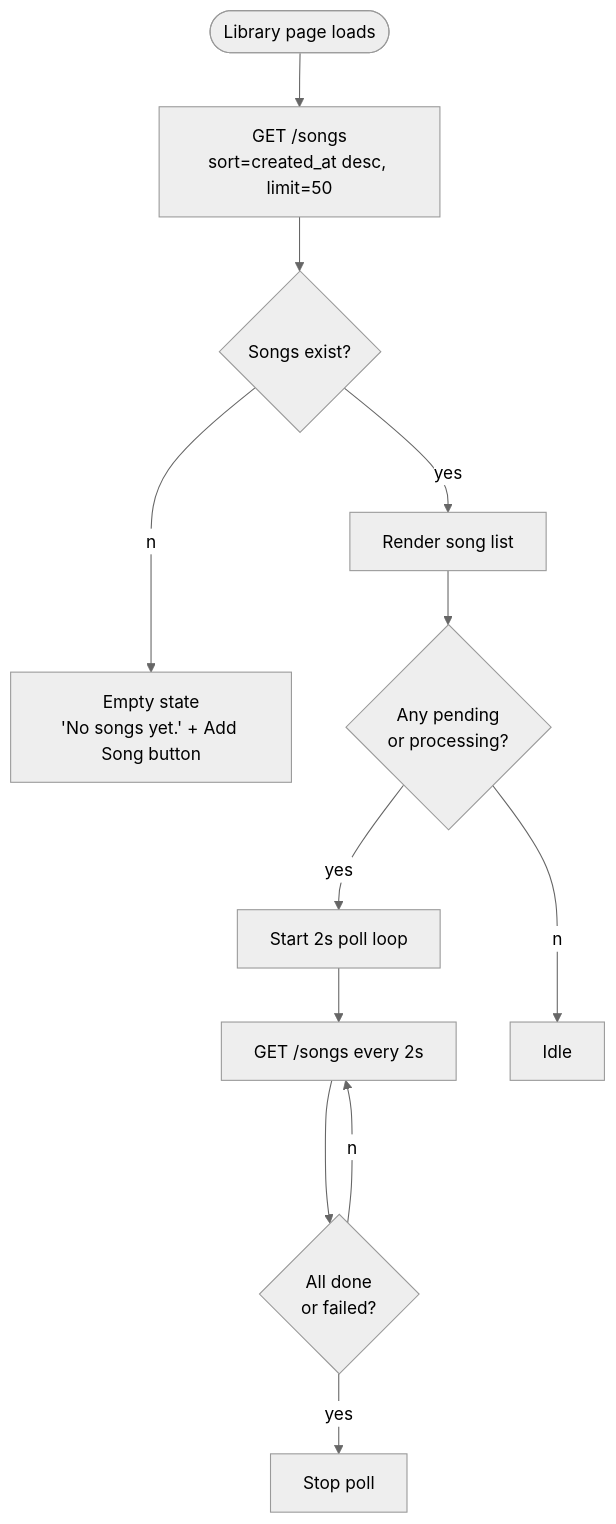
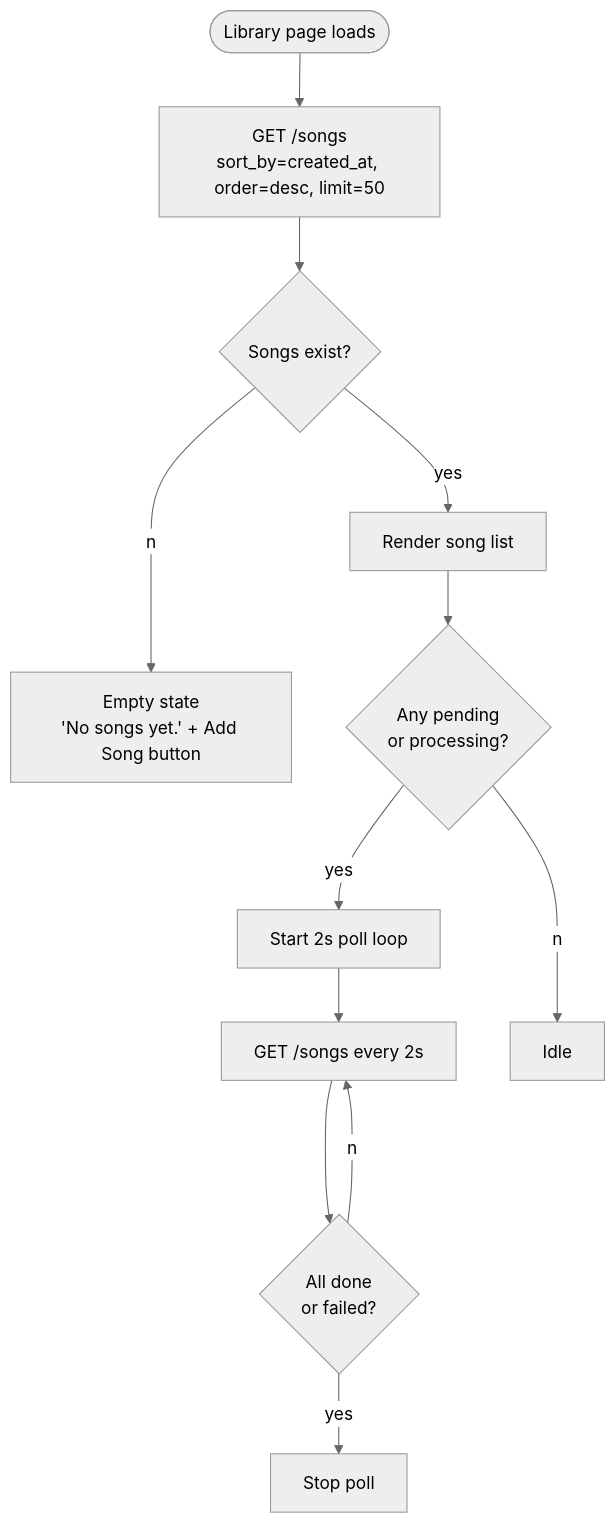
Before and after one commit to KarthikUdyawar/melo: the second of 15 diagrams in docs/USER-FLOW.md, drawn with Mermaid (neutral theme). The commit also changed other lines of this file and 26 other files, not shown here.

````diff
--- a/docs/USER-FLOW.md
+++ b/docs/USER-FLOW.md
@@ -26,14 +30,14 @@
 ```mermaid
 flowchart TD
-    A([Library page loads]) --> B["GET /songs\nsort=created_at desc, limit=50"]
+    A([Library page loads]) --> B["GET /songs\nsort_by=created_at, order=desc, limit=50"]
     B --> C{Songs exist?}
     C --no--> D["Empty state\n'No songs yet.' + Add Song button"]
     C --yes--> E[Render song list]
     E --> F{Any pending\nor processing?}
     F --yes--> G[Start 2s poll loop]
     G --> H["GET /songs every 2s"]
     H --> I{All done\nor failed?}
     I --no--> H
     I --yes--> J[Stop poll]
     F --no--> K[Idle]
 ```
````
